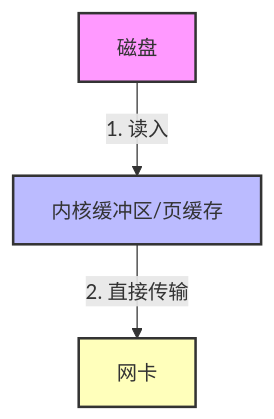
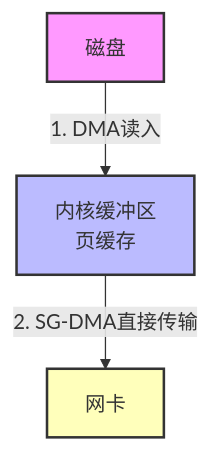
One commit to weiqiangxu/docs changed the seventh of 7 diagrams in posts/linux/零拷贝.md. Above: the diagram before and after it, drawn with Mermaid. The commit also changed other lines of this file and 16 other files, not shown here.

````diff
--- a/posts/linux/零拷贝.md
+++ b/posts/linux/零拷贝.md
@@ -109,9 +134,9 @@
 ```mermaid
-graph TD
-    A[磁盘] -->|1. 读入| B[内核缓冲区/页缓存]
-    B -->|2. 直接传输| E[网卡]
+flowchart TD
+    A[磁盘] -->|1. DMA读入| B[内核缓冲区<br/>页缓存]
+    B -->|2. SG-DMA直接传输| E[网卡]
     
     style A fill:#f9f,stroke:#333,stroke-width:2px
     style B fill:#bbf,stroke:#333,stroke-width:2px
     style E fill:#ffb,stroke:#333,stroke-width:2px
 ```
````
